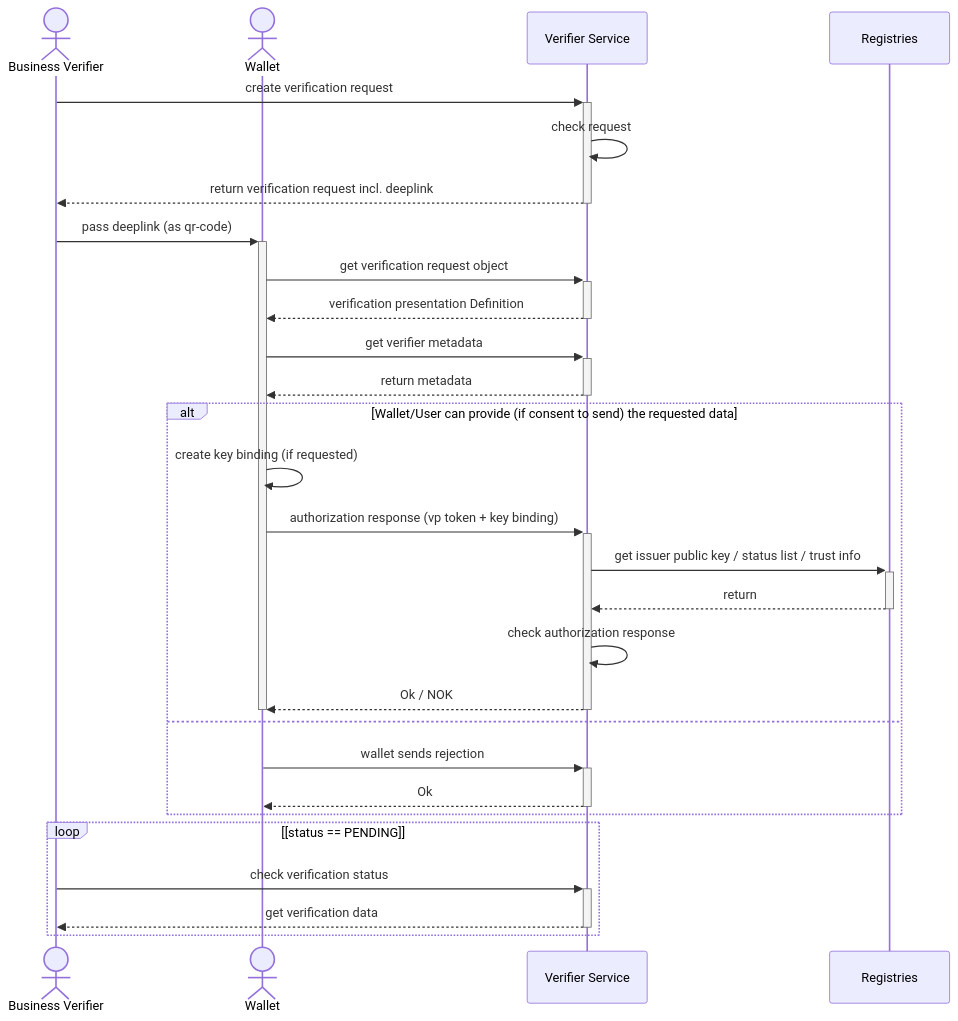
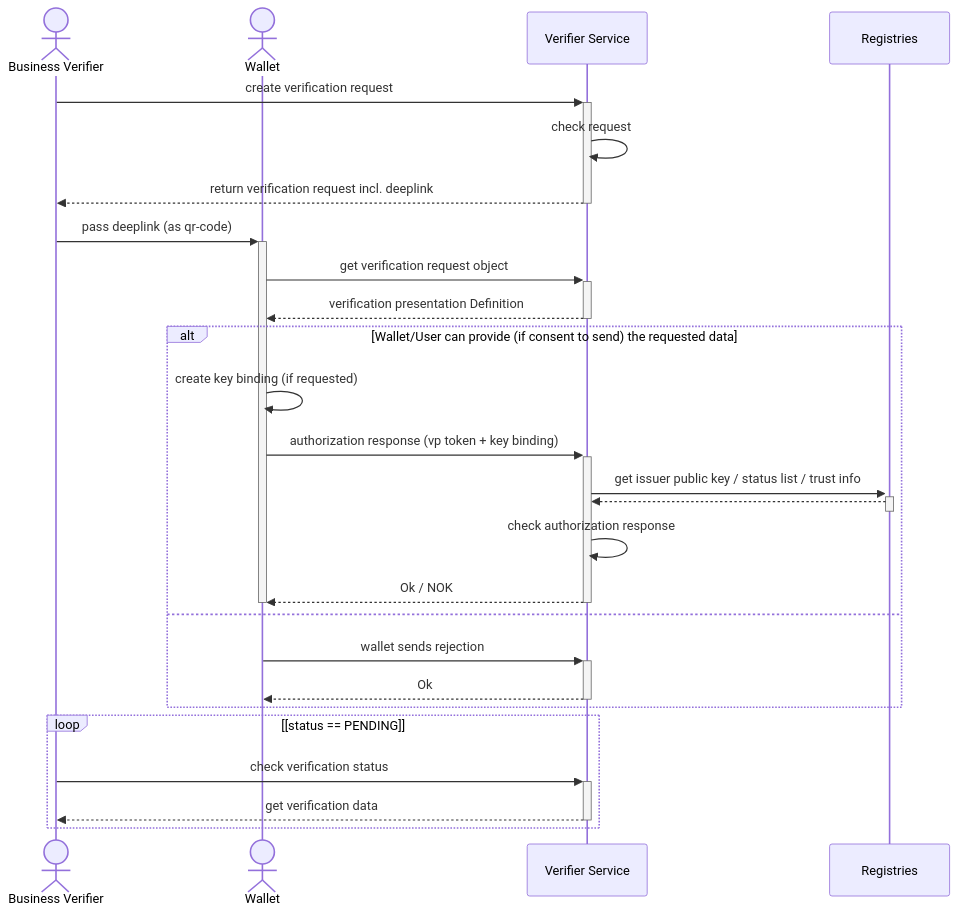
Before and after one commit to swiyu-admin-ch/swiyu-verifier: the diagram in documentation/verification_process.md, drawn with Mermaid.

Commit message:
doc(EIDOMNI-1130): simplify verification process by removing unnecessary metadata retrieval steps

````diff
--- a/documentation/verification_process.md
+++ b/documentation/verification_process.md
@@ -11,38 +11,35 @@
 ```mermaid
 sequenceDiagram
     actor bv as Business Verifier
     actor w as Wallet
 
     participant vs as Verifier Service
     participant registry as Registries
 
 
     bv->>+vs : create verification request
     vs->>vs : check request
     vs-->>-bv : return verification request incl. deeplink
 
     bv ->>+w : pass deeplink (as qr-code)
     w->>+vs : get verification request object
     vs-->>-w : verification presentation Definition
 
-    w->>+vs : get verifier metadata
-    vs-->>-w : return metadata
-
     alt Wallet/User can provide (if consent to send) the requested data
         w->> w : create key binding (if requested)
         w->>+vs : authorization response (vp token + key binding)
         vs->>+registry : get issuer public key / status list / trust info
-        registry-->>-vs : return
+        registry-->>-vs : 
         vs->>vs : check authorization response 
         vs-->>-w : Ok / NOK
         deactivate w
     else
         w->>+vs : wallet sends rejection
         vs-->>-w : Ok
     end
 
     loop [status == PENDING]
         bv->>+vs : check verification status
         vs-->>-bv : get verification data
     end
 ```
````
